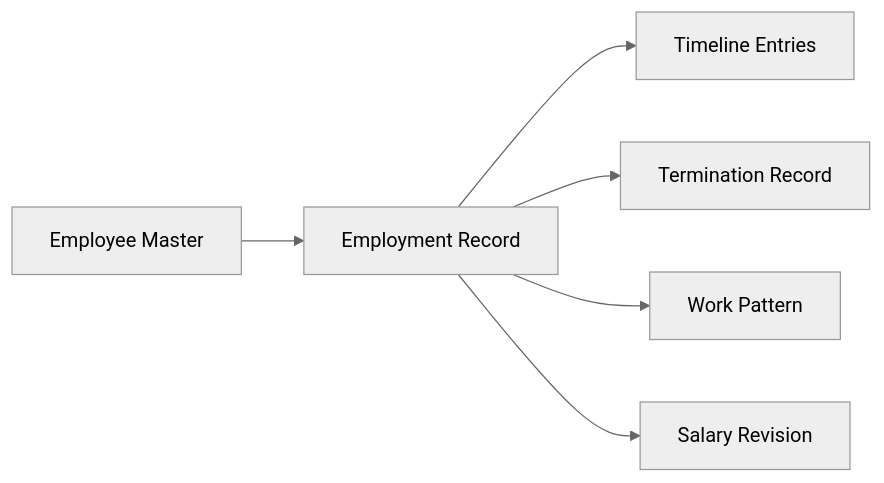
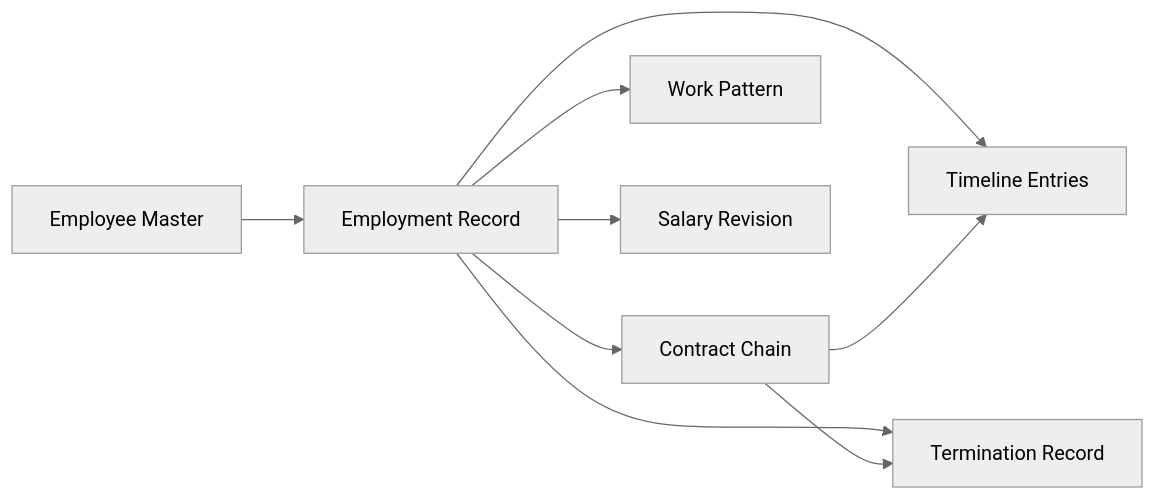
The tenth of 11 diagrams in .qoder/repowiki/en/content/Core HR Module/Employment Lifecycle.md (EdwinCycling/LiquidHR), drawn with Mermaid (neutral theme) before and after one commit. The commit also changed other lines of this file and 73 other files, not shown here.

````diff
--- a/.qoder/repowiki/en/content/Core HR Module/Employment Lifecycle.md
+++ b/.qoder/repowiki/en/content/Core HR Module/Employment Lifecycle.md
@@ -418,8 +529,11 @@
 ```mermaid
 graph LR
 Employee["Employee Master"] --> Employment["Employment Record"]
+Employment --> ContractChain["Contract Chain"]
 Employment --> Timeline["Timeline Entries"]
 Employment --> Termination["Termination Record"]
 Employment --> WorkPattern["Work Pattern"]
 Employment --> SalaryRevision["Salary Revision"]
+ContractChain --> Timeline
+ContractChain --> Termination
 ```
````
